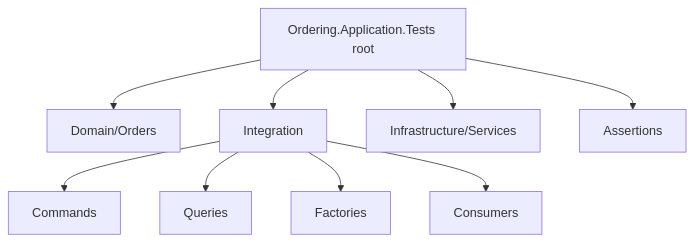
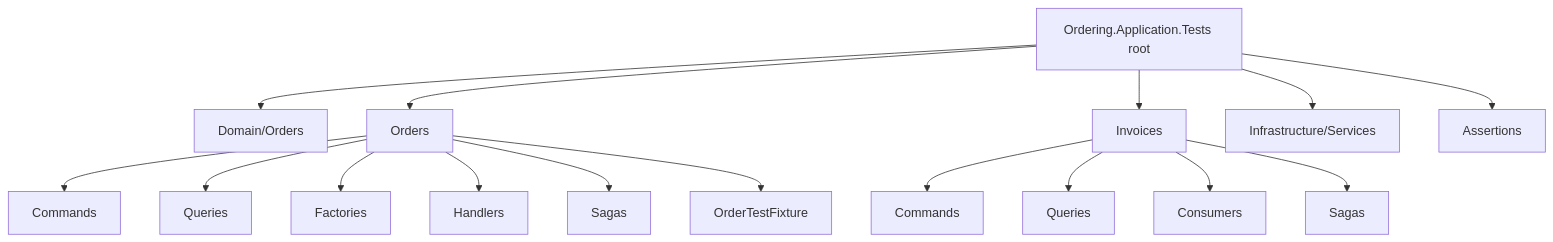
One commit to mohamedgamal17/Invoria changed the second of 5 diagrams in ai/Architecture.md. Above: the diagram before and after it, drawn with Mermaid. The commit also changed other lines of this file and 56 other files, not shown here.

````diff
--- a/ai/Architecture.md
+++ b/ai/Architecture.md
@@ -239,12 +240,19 @@
 ```mermaid
 flowchart TB
   root[Ordering.Application.Tests root]
   root --> Domain[Domain/Orders]
-  root --> Integration[Integration]
+  root --> Orders[Orders]
+  root --> Invoices[Invoices]
   root --> Infra[Infrastructure/Services]
   root --> Assertions[Assertions]
-  Integration --> Cmd[Commands]
-  Integration --> Qry[Queries]
-  Integration --> Fact[Factories]
-  Integration --> Cons[Consumers]
+  Orders --> OCmd[Commands]
+  Orders --> OQry[Queries]
+  Orders --> OFact[Factories]
+  Orders --> OHandler[Handlers]
+  Orders --> OSagas[Sagas]
+  Orders --> OFixture[OrderTestFixture]
+  Invoices --> ICmd[Commands]
+  Invoices --> IQry[Queries]
+  Invoices --> ICons[Consumers]
+  Invoices --> ISagas[Sagas]
 ```
````
